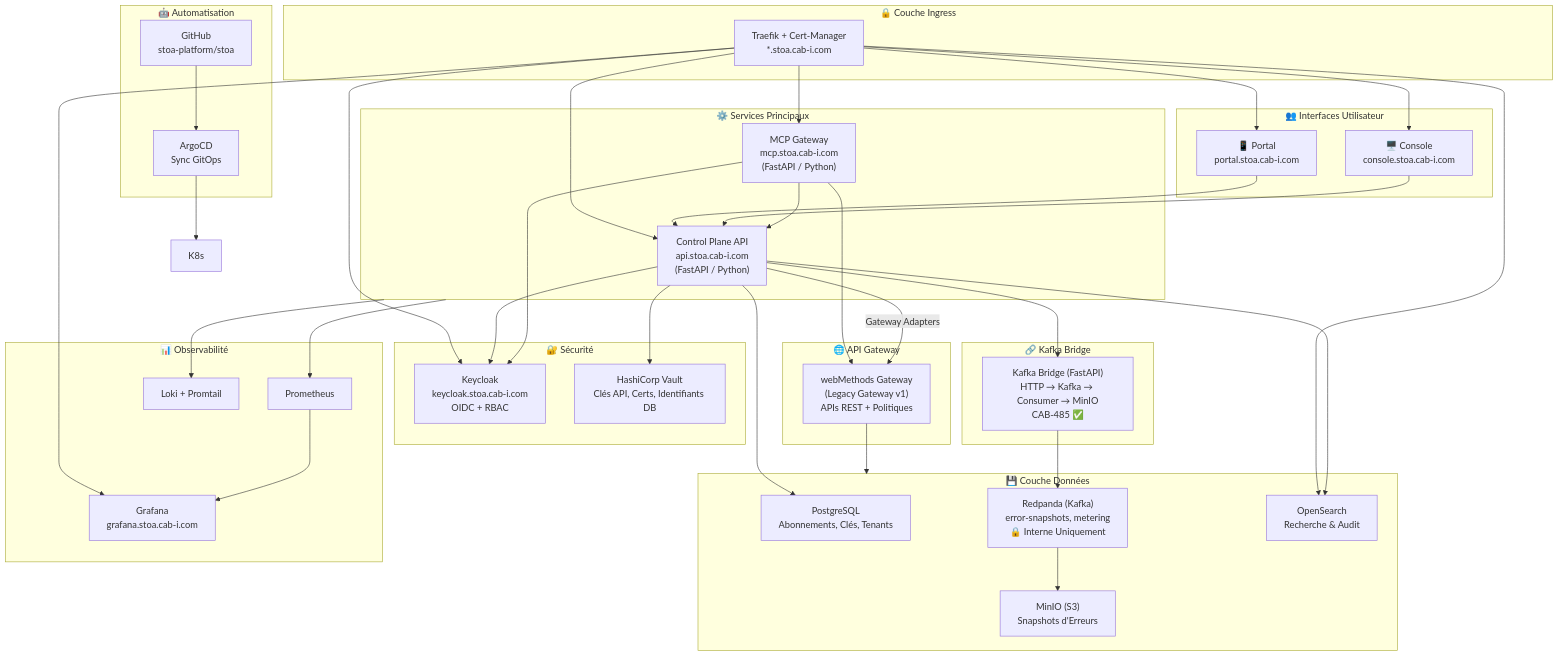
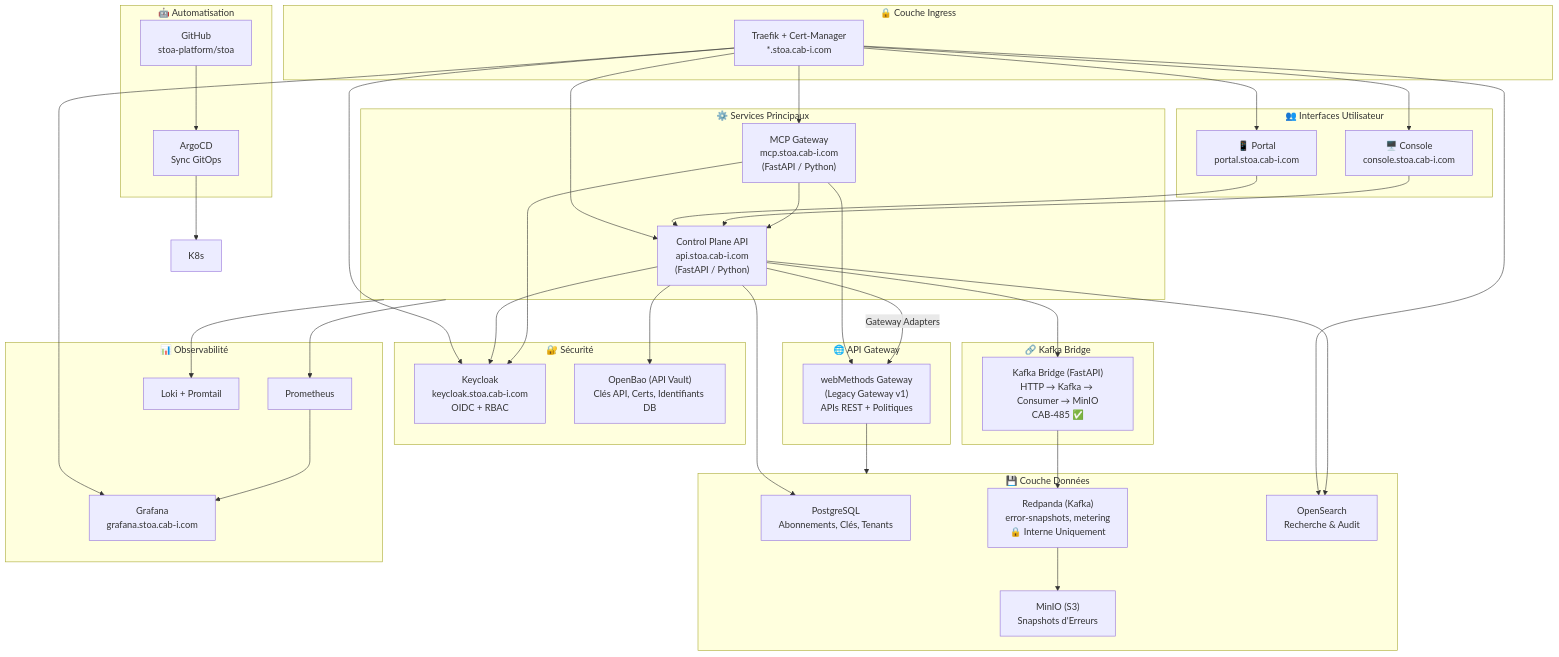
The first of 4 diagrams in i18n/fr/docusaurus-plugin-content-docs/current/architecture/architecture-overview.md (stoa-platform/stoa-docs), drawn with Mermaid before and after one commit. The commit also changed other lines of this file and 15 other files, not shown here.

First line of the commit message:
docs: name OpenBao where pages cite only HashiCorp Vault (CAB-2607) (#235)

````diff
--- a/i18n/fr/docusaurus-plugin-content-docs/current/architecture/architecture-overview.md
+++ b/i18n/fr/docusaurus-plugin-content-docs/current/architecture/architecture-overview.md
@@ -25,60 +25,60 @@
 ```mermaid
 flowchart TB
     subgraph Ingress["🔒 Couche Ingress"]
         Traefik["Traefik + Cert-Manager<br/>*.stoa.cab-i.com"]
     end
 
     subgraph UIs["👥 Interfaces Utilisateur"]
         Portal["📱 Portal<br/>portal.stoa.cab-i.com"]
         Console["🖥️ Console<br/>console.stoa.cab-i.com"]
     end
 
     subgraph Core["⚙️ Services Principaux"]
         API["Control Plane API<br/>api.stoa.cab-i.com<br/>(FastAPI / Python)"]
         MCP["MCP Gateway<br/>mcp.stoa.cab-i.com<br/>(FastAPI / Python)"]
     end
 
     subgraph Auth["🔐 Sécurité"]
         KC["Keycloak<br/>keycloak.stoa.cab-i.com<br/>OIDC + RBAC"]
-        Vault["HashiCorp Vault<br/>Clés API, Certs, Identifiants DB"]
+        Vault["OpenBao (API Vault)<br/>Clés API, Certs, Identifiants DB"]
     end
 
     subgraph Gateway["🌐 API Gateway"]
         wM["webMethods Gateway<br/>(Legacy Gateway v1)<br/>APIs REST + Politiques"]
     end
 
     subgraph Data["💾 Couche Données"]
         PG["PostgreSQL<br/>Abonnements, Clés, Tenants"]
         Kafka["Redpanda (Kafka)<br/>error-snapshots, metering<br/>🔒 Interne Uniquement"]
         OS["OpenSearch<br/>Recherche & Audit"]
         MinIO["MinIO (S3)<br/>Snapshots d'Erreurs"]
     end
 
     subgraph Bridge["🔗 Kafka Bridge"]
         KB["Kafka Bridge (FastAPI)<br/>HTTP → Kafka → Consumer → MinIO<br/>CAB-485 ✅"]
     end
 
     subgraph Obs["📊 Observabilité"]
         Prom["Prometheus"]
         Graf["Grafana<br/>grafana.stoa.cab-i.com"]
         Loki["Loki + Promtail"]
     end
 
     subgraph Auto["🤖 Automatisation"]
         GitHub["GitHub<br/>stoa-platform/stoa"]
         Argo["ArgoCD<br/>Sync GitOps"]
     end
 
     Traefik --> Portal & Console & API & MCP & KC & Graf & OS
     Portal --> API
     Console --> API
     API --> KC & Vault & PG & OS
     MCP --> KC & API & wM
     wM --> Data
     API --> KB
     KB --> Kafka --> MinIO
     GitHub --> Argo --> K8s
     API -->|"Gateway Adapters"| wM
     Core --> Prom --> Graf
     Core --> Loki
 ```
````
